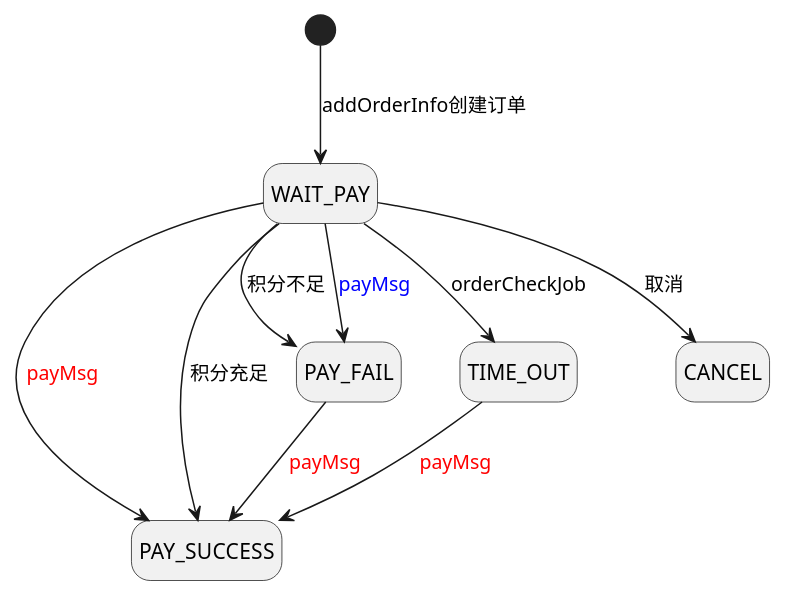
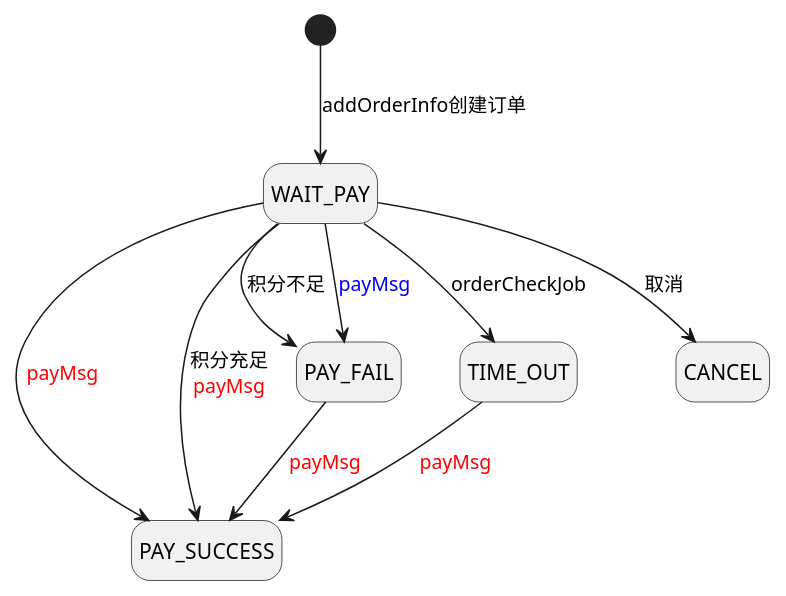
One commit to MoonChaserChen/Note changed the second of 2 diagrams in docs/plantuml/订单状态机.md. Above: the diagram before and after it, drawn with PlantUML. The commit also changed other lines of this file and 1 other file, not shown here.

Commit message:
no commit msg

````diff
--- a/docs/plantuml/订单状态机.md
+++ b/docs/plantuml/订单状态机.md
@@ -22,15 +22,15 @@
 ```plantuml
 @startuml
 hide empty description
 
 WAIT_PAY --> PAY_FAIL :积分不足
 WAIT_PAY --> PAY_FAIL :<font color="blue">payMsg</font>
-WAIT_PAY --> PAY_SUCCESS :积分充足
+WAIT_PAY --> PAY_SUCCESS :积分充足\n<font color="red">payMsg</font>
 WAIT_PAY --> TIME_OUT :orderCheckJob
 WAIT_PAY --> CANCEL :取消
 [*] --> WAIT_PAY :addOrderInfo创建订单
 WAIT_PAY -> PAY_SUCCESS :<font color="red">payMsg</font>
 TIME_OUT --> PAY_SUCCESS :<font color="red">payMsg</font> 
 PAY_FAIL --> PAY_SUCCESS :<font color="red">payMsg</font>
 @enduml
 ```
````
